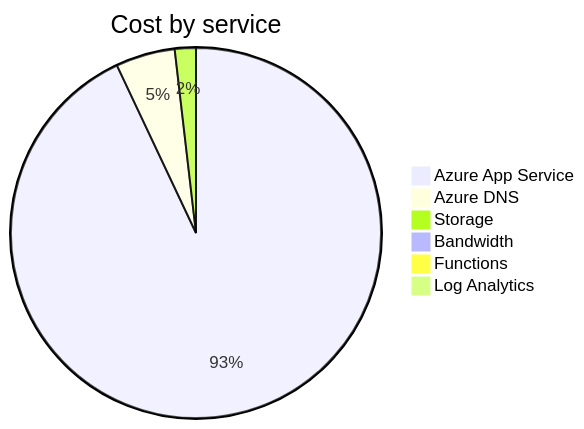
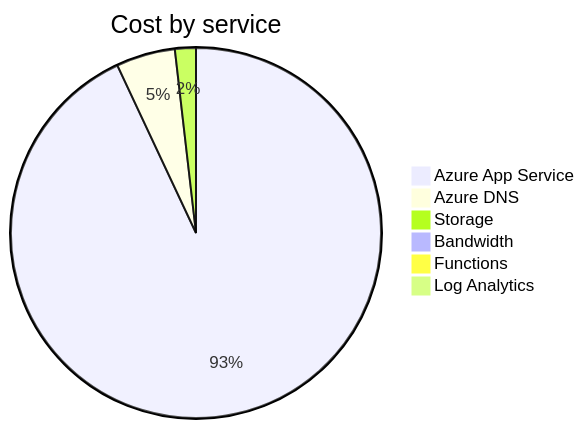
Before and after one commit to jpfulton/azure-personal-reports: the second of 4 diagrams in cost-reports/accumulated-cost.md, drawn with Mermaid. The commit also changed other lines of this file and 4 other files, not shown here.

````diff
--- a/cost-reports/accumulated-cost.md
+++ b/cost-reports/accumulated-cost.md
@@ -100,10 +100,10 @@
 ```mermaid
 pie
    title Cost by service
-   "Azure App Service" : 10.60
-   "Azure DNS" : 0.59
-   "Storage" : 0.21
+   "Azure App Service" : 11.19
+   "Azure DNS" : 0.62
+   "Storage" : 0.22
    "Bandwidth" : 0.00
    "Functions" : 0.00
    "Log Analytics" : 0.00
 ```
````
